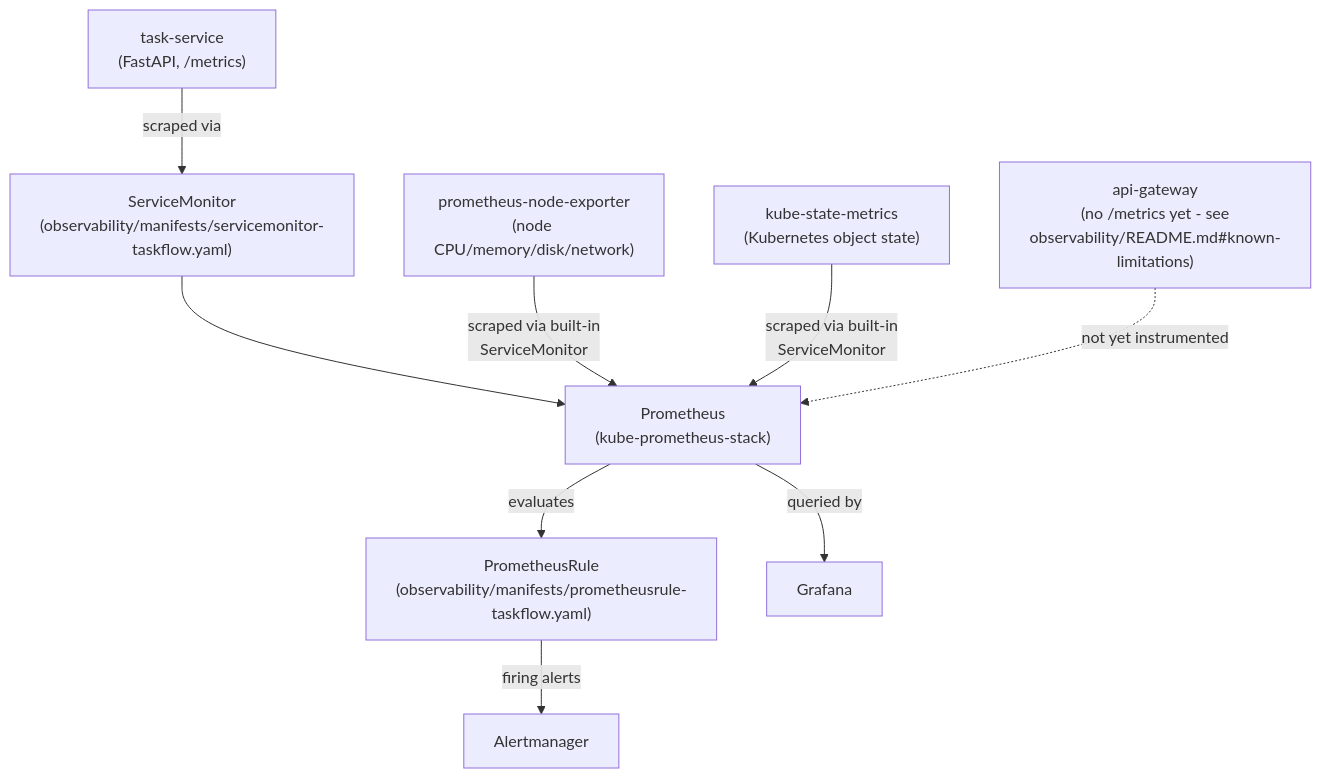
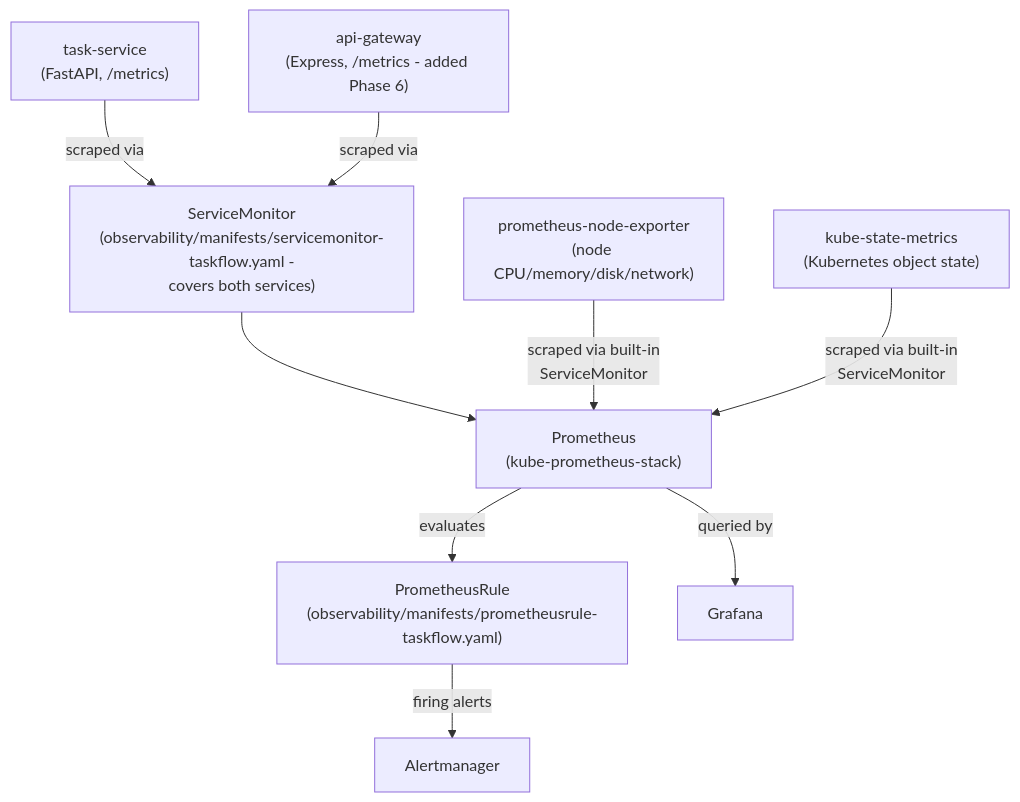
One commit to SamuvelNatarajanOfficial/cloud-native-devops-platform changed the first of 2 diagrams in docs/observability-architecture.md. Above: the diagram before and after it, drawn with Mermaid. The commit also changed other lines of this file and 35 other files, not shown here.

````diff
--- a/docs/observability-architecture.md
+++ b/docs/observability-architecture.md
@@ -26,21 +26,21 @@
 ```mermaid
 flowchart TB
     ts["task-service\n(FastAPI, /metrics)"]
-    ag["api-gateway\n(no /metrics yet - see\nobservability/README.md#known-limitations)"]
+    ag["api-gateway\n(Express, /metrics - added Phase 6)"]
     ne["prometheus-node-exporter\n(node CPU/memory/disk/network)"]
     ksm["kube-state-metrics\n(Kubernetes object state)"]
-    sm["ServiceMonitor\n(observability/manifests/servicemonitor-taskflow.yaml)"]
+    sm["ServiceMonitor\n(observability/manifests/servicemonitor-taskflow.yaml -\ncovers both services)"]
     prom["Prometheus\n(kube-prometheus-stack)"]
     rules["PrometheusRule\n(observability/manifests/prometheusrule-taskflow.yaml)"]
     am["Alertmanager"]
     graf["Grafana"]
 
     ts -->|scraped via| sm
+    ag -->|scraped via| sm
     sm --> prom
     ne -->|scraped via built-in\nServiceMonitor| prom
     ksm -->|scraped via built-in\nServiceMonitor| prom
     prom -->|evaluates| rules
     rules -->|firing alerts| am
     prom -->|queried by| graf
-    ag -.->|not yet instrumented| prom
 ```
````
